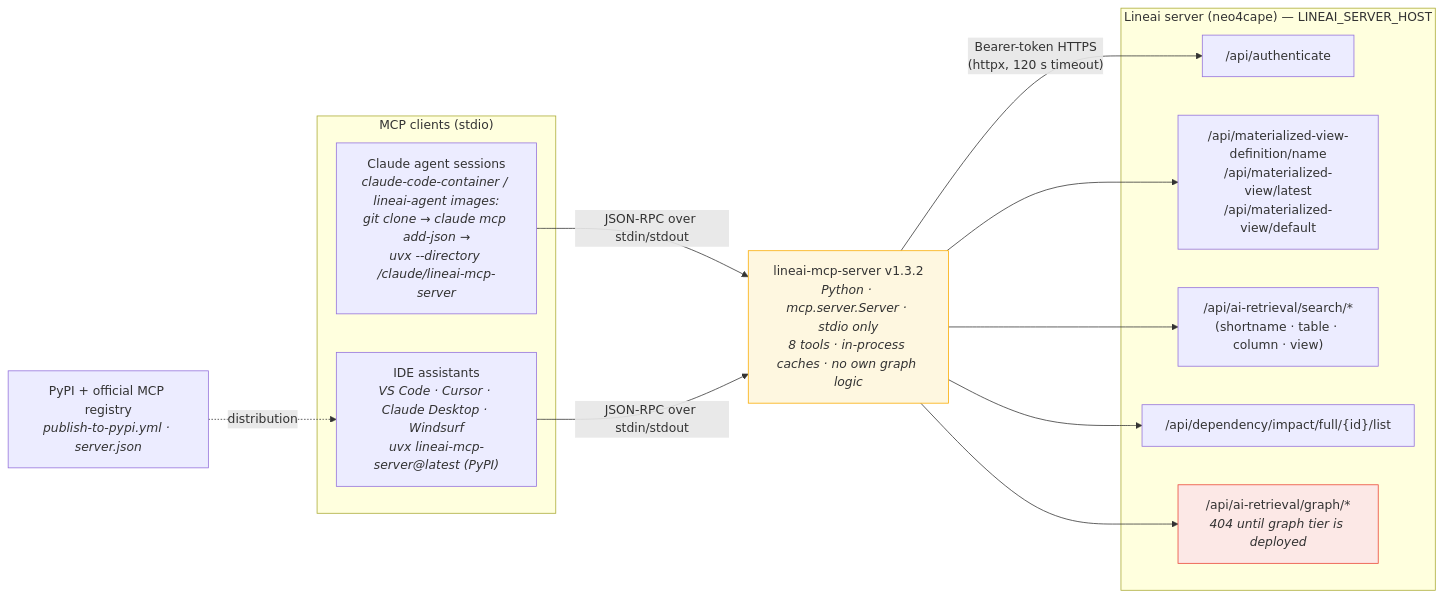
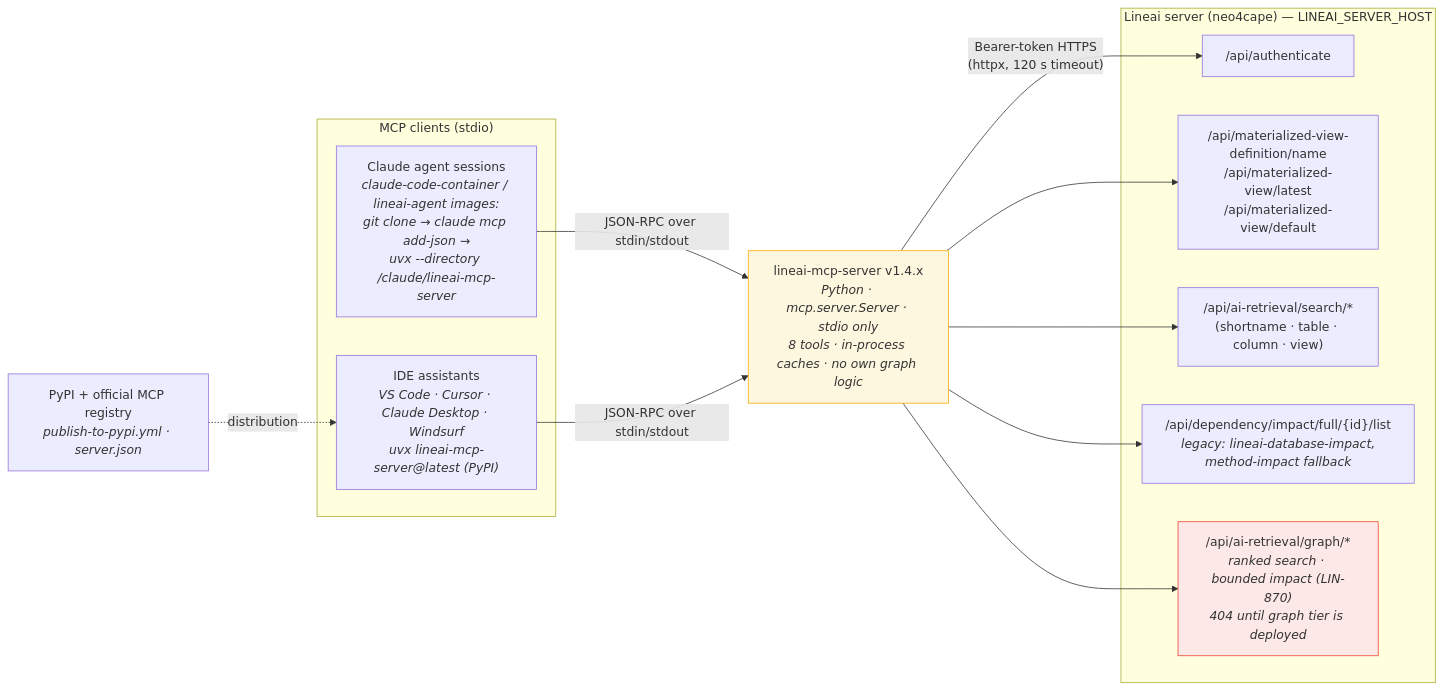
One commit to lineai-intelligence/lineai-mcp-server changed the first of 5 diagrams in docs/architecture-diagrams.md. Above: the diagram before and after it, drawn with Mermaid. The commit also changed other lines of this file and 20 other files, not shown here.

````diff
--- a/docs/architecture-diagrams.md
+++ b/docs/architecture-diagrams.md
@@ -18,31 +18,31 @@
 ```mermaid
 flowchart LR
     subgraph CLIENTS["MCP clients (stdio)"]
         AGENTS["Claude agent sessions<br/><i>claude-code-container / lineai-agent images:<br/>git clone → claude mcp add-json →<br/>uvx --directory /claude/lineai-mcp-server</i>"]
         IDES["IDE assistants<br/><i>VS Code · Cursor · Claude Desktop · Windsurf<br/>uvx lineai-mcp-server@latest (PyPI)</i>"]
     end
 
-    MCP["lineai-mcp-server v1.3.2<br/><i>Python · mcp.server.Server · stdio only<br/>8 tools · in-process caches · no own graph logic</i>"]
+    MCP["lineai-mcp-server v1.4.x<br/><i>Python · mcp.server.Server · stdio only<br/>8 tools · in-process caches · no own graph logic</i>"]
 
     subgraph LINEAI["Lineai server (neo4cape) — LINEAI_SERVER_HOST"]
         AUTH["/api/authenticate"]
         MV["/api/materialized-view-definition/name<br/>/api/materialized-view/latest<br/>/api/materialized-view/default"]
         SEARCH["/api/ai-retrieval/search/*<br/>(shortname · table · column · view)"]
-        IMPACT["/api/dependency/impact/full/{id}/list"]
-        GRAPH["/api/ai-retrieval/graph/*<br/><i>404 until graph tier is deployed</i>"]
+        IMPACT["/api/dependency/impact/full/{id}/list<br/><i>legacy: lineai-database-impact,<br/>method-impact fallback</i>"]
+        GRAPH["/api/ai-retrieval/graph/*<br/><i>ranked search · bounded impact (LIN-870)<br/>404 until graph tier is deployed</i>"]
     end
 
     REG["PyPI + official MCP registry<br/><i>publish-to-pypi.yml · server.json</i>"]
 
     AGENTS -- "JSON-RPC over stdin/stdout" --> MCP
     IDES -- "JSON-RPC over stdin/stdout" --> MCP
     MCP -- "Bearer-token HTTPS<br/>(httpx, 120 s timeout)" --> AUTH
     MCP --> MV
     MCP --> SEARCH
     MCP --> IMPACT
     MCP --> GRAPH
     REG -. "distribution" .-> IDES
 
     style MCP fill:#fef7e0,stroke:#f9ab00
     style GRAPH fill:#fce8e6,stroke:#ea4335
 ```
````
